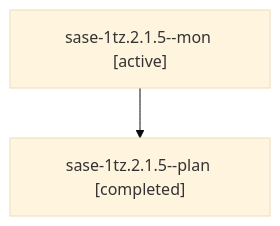
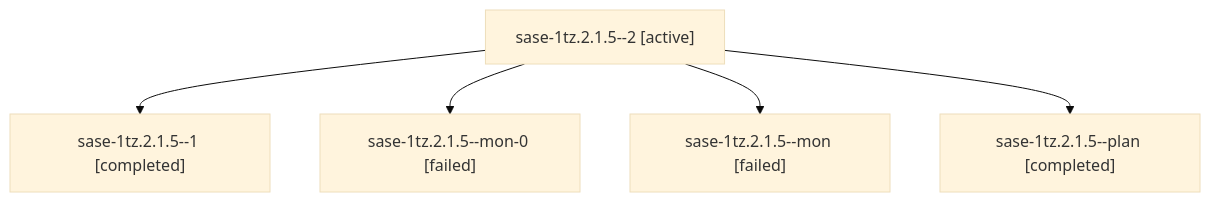
One commit to sase-org/sase--agents changed the diagram in sessions/bbugyi200.athena.sase-1tz.2.1.5.md. Above: the diagram before and after it, drawn with Mermaid (base theme). The commit also changed other lines of this file and 90 other files, not shown here.

````diff
--- a/sessions/bbugyi200.athena.sase-1tz.2.1.5.md
+++ b/sessions/bbugyi200.athena.sase-1tz.2.1.5.md
@@ -9,6 +9,12 @@
 ```mermaid
 flowchart TD
-  n0["sase-1tz.2.1.5--mon [active]"]
-  n1["sase-1tz.2.1.5--plan [completed]"]
+  n0["sase-1tz.2.1.5--2 [active]"]
+  n1["sase-1tz.2.1.5--1 [completed]"]
   n0 --> n1
+  n2["sase-1tz.2.1.5--mon-0 [failed]"]
+  n0 --> n2
+  n3["sase-1tz.2.1.5--mon [failed]"]
+  n0 --> n3
+  n4["sase-1tz.2.1.5--plan [completed]"]
+  n0 --> n4
 ```
````
